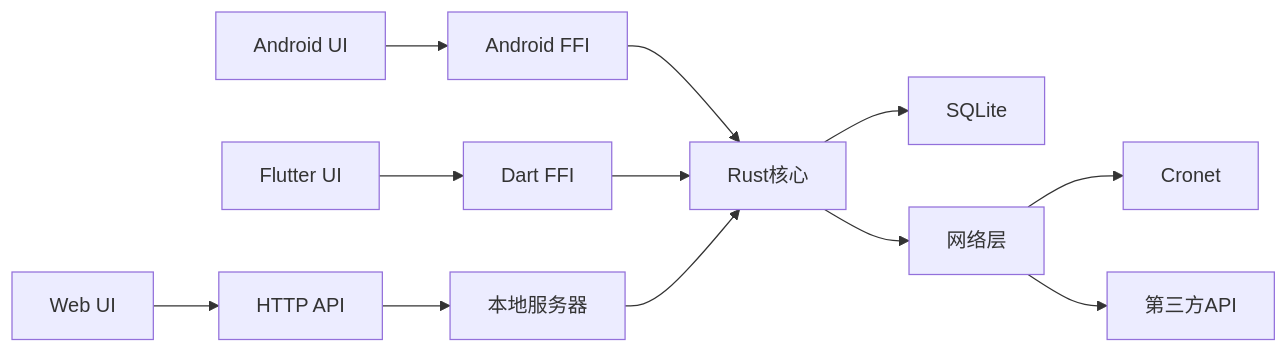
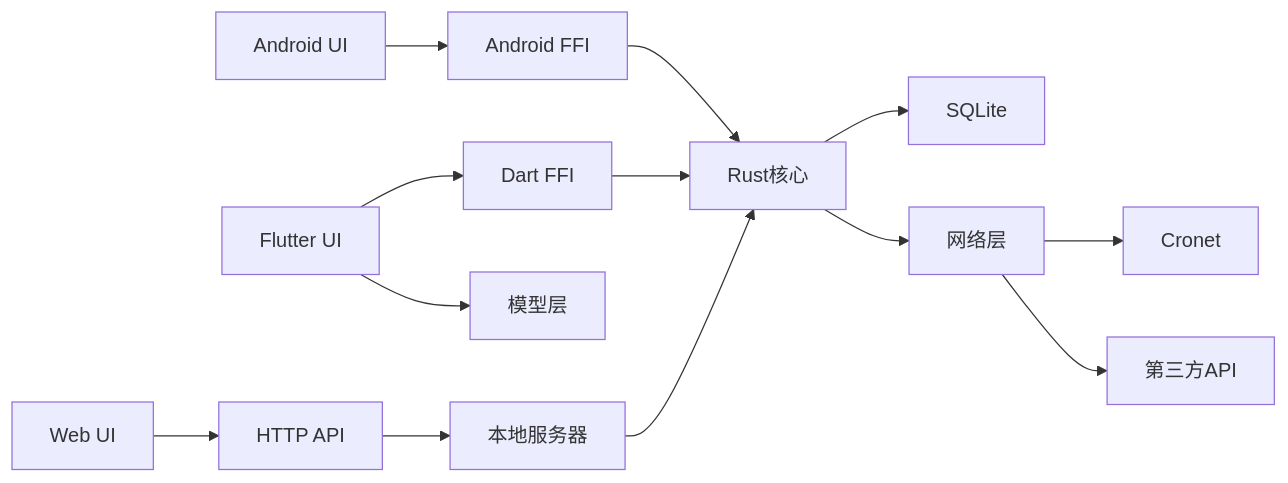
One commit to ZhangGHGitHub/LegadoTeamFlutter changed the tenth of 10 diagrams in .qoder/repowiki/zh/content/架构设计/分层架构设计/分层架构设计.md. Above: the diagram before and after it, drawn with Mermaid. The commit also changed other lines of this file and 173 other files, not shown here.

````diff
--- a/.qoder/repowiki/zh/content/架构设计/分层架构设计/分层架构设计.md
+++ b/.qoder/repowiki/zh/content/架构设计/分层架构设计/分层架构设计.md
@@ -397,14 +505,15 @@
 ```mermaid
 graph LR
 UI_A["Android UI"] --> FFI_A["Android FFI"]
 UI_F["Flutter UI"] --> FFI_F["Dart FFI"]
 UI_W["Web UI"] --> HTTP["HTTP API"]
+UI_F --> Model["模型层"]
 FFI_A --> Core["Rust核心"]
 FFI_F --> Core
 HTTP --> Server["本地服务器"]
 Server --> Core
 Core --> DB["SQLite"]
 Core --> Net["网络层"]
 Net --> Cronet["Cronet"]
 Net --> Third["第三方API"]
 ```
````
